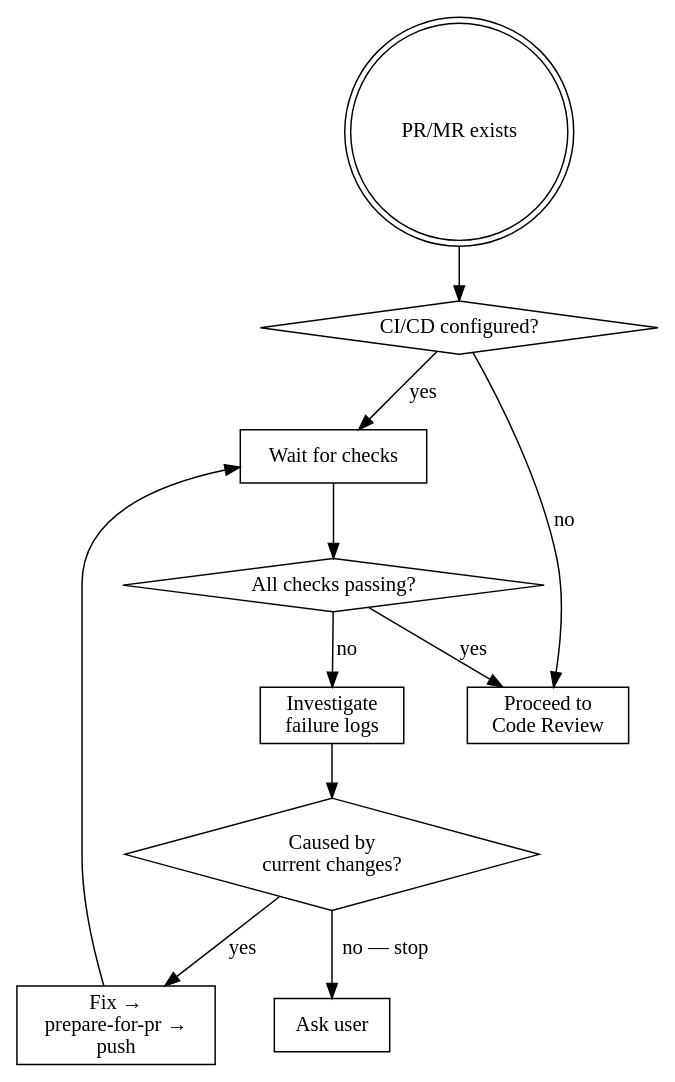
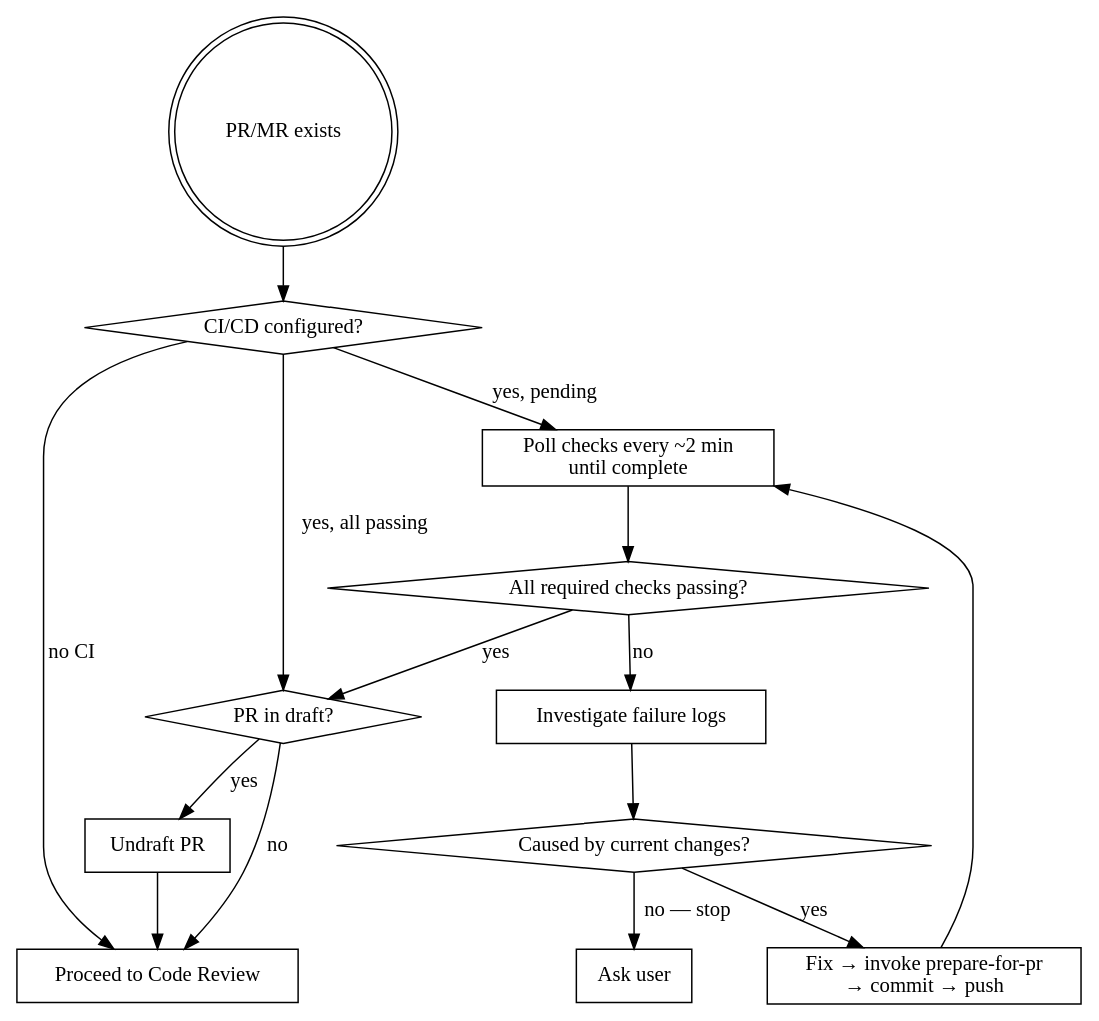
Before and after one commit to kirich1409/krozov-ai-tools: the first of 2 diagrams in plugins/developer-workflow/skills/pr-lifecycle/SKILL.md, drawn with Graphviz. The commit also changed other lines of this file and 2 other files, not shown here.

````diff
--- a/plugins/developer-workflow/skills/pr-lifecycle/SKILL.md
+++ b/plugins/developer-workflow/skills/pr-lifecycle/SKILL.md
@@ -16,26 +36,32 @@
 ```dot
 digraph cicd {
     rankdir=TB;
 
     start [label="PR/MR exists", shape=doublecircle];
     has_ci [label="CI/CD configured?", shape=diamond];
-    wait [label="Wait for checks", shape=box];
-    passing [label="All checks passing?", shape=diamond];
-    investigate [label="Investigate\nfailure logs", shape=box];
-    our_fault [label="Caused by\ncurrent changes?", shape=diamond];
-    fix [label="Fix →\nprepare-for-pr →\npush", shape=box];
+    draft [label="PR in draft?", shape=diamond];
+    undraft [label="Undraft PR", shape=box];
+    wait [label="Poll checks every ~2 min\nuntil complete", shape=box];
+    passing [label="All required checks passing?", shape=diamond];
+    investigate [label="Investigate failure logs", shape=box];
+    our_fault [label="Caused by current changes?", shape=diamond];
+    fix [label="Fix → invoke prepare-for-pr\n→ commit → push", shape=box];
     ask [label="Ask user", shape=box];
-    review [label="Proceed to\nCode Review", shape=box];
+    review [label="Proceed to Code Review", shape=box];
 
     start -> has_ci;
-    has_ci -> wait [label="yes"];
-    has_ci -> review [label="no"];
+    has_ci -> draft [label="yes, all passing"];
+    has_ci -> wait [label="yes, pending"];
+    has_ci -> review [label="no CI"];
+    draft -> undraft [label="yes"];
+    draft -> review [label="no"];
+    undraft -> review;
     wait -> passing;
-    passing -> review [label="yes"];
+    passing -> draft [label="yes"];
     passing -> investigate [label="no"];
     investigate -> our_fault;
     our_fault -> fix [label="yes"];
     our_fault -> ask [label="no — stop"];
     fix -> wait;
 }
 ```
````
